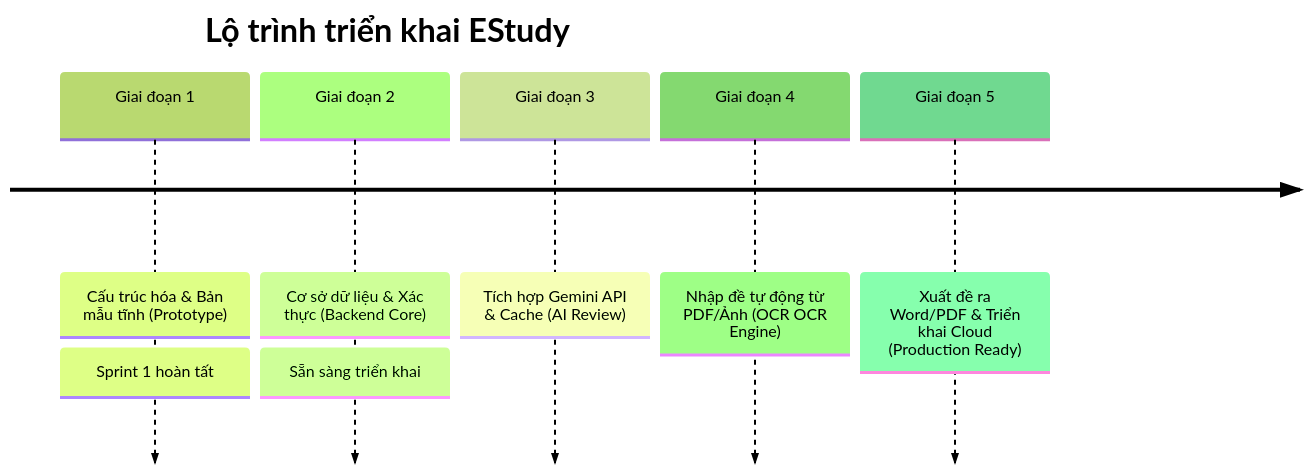
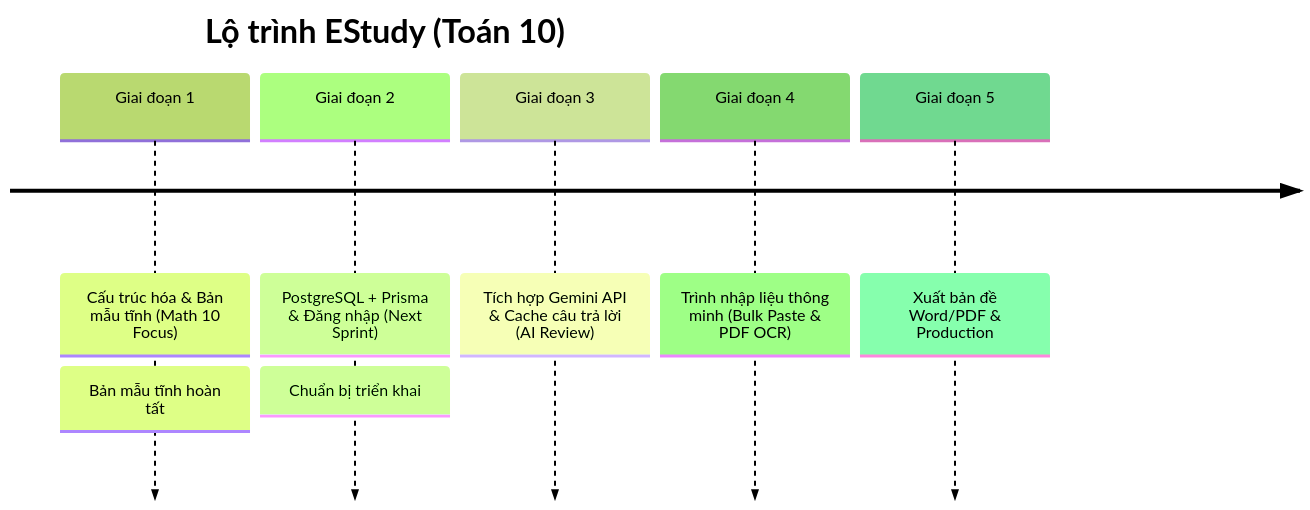
The diagram in ROADMAP.md (takebin207/Web_BaiTap), drawn with Mermaid (forest theme) before and after one commit. The commit also changed other lines of this file and 14 other files, not shown here.

Commit message:
feat: align EStudy mock data and core UIs with Math Grade 10 curriculum

````diff
--- a/ROADMAP.md
+++ b/ROADMAP.md
@@ -9,9 +9,9 @@
 ```mermaid
 timeline
-    title Lộ trình triển khai EStudy
-    Giai đoạn 1 : Cấu trúc hóa & Bản mẫu tĩnh (Prototype) : Sprint 1 hoàn tất
-    Giai đoạn 2 : Cơ sở dữ liệu & Xác thực (Backend Core) : Sẵn sàng triển khai
-    Giai đoạn 3 : Tích hợp Gemini API & Cache (AI Review)
-    Giai đoạn 4 : Nhập đề tự động từ PDF/Ảnh (OCR OCR Engine)
-    Giai đoạn 5 : Xuất đề ra Word/PDF & Triển khai Cloud (Production Ready)
+    title Lộ trình EStudy (Toán 10)
+    Giai đoạn 1 : Cấu trúc hóa & Bản mẫu tĩnh (Math 10 Focus) : Bản mẫu tĩnh hoàn tất
+    Giai đoạn 2 : PostgreSQL + Prisma & Đăng nhập (Next Sprint) : Chuẩn bị triển khai
+    Giai đoạn 3 : Tích hợp Gemini API & Cache câu trả lời (AI Review)
+    Giai đoạn 4 : Trình nhập liệu thông minh (Bulk Paste & PDF OCR)
+    Giai đoạn 5 : Xuất bản đề Word/PDF & Production
 ```
````
